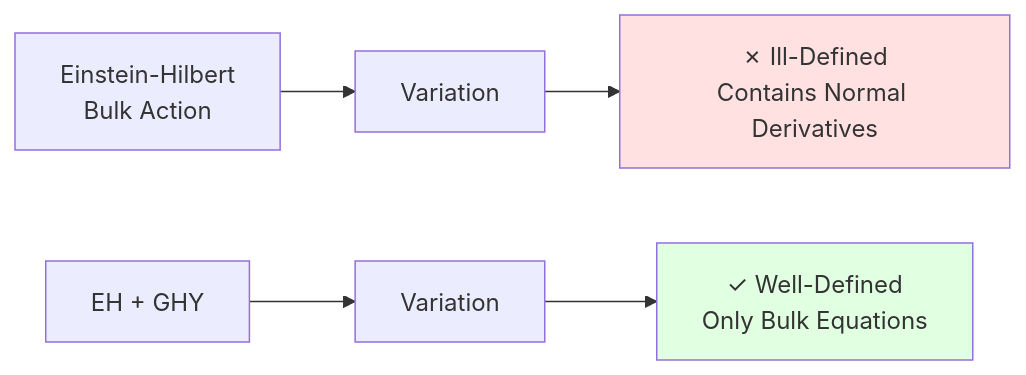
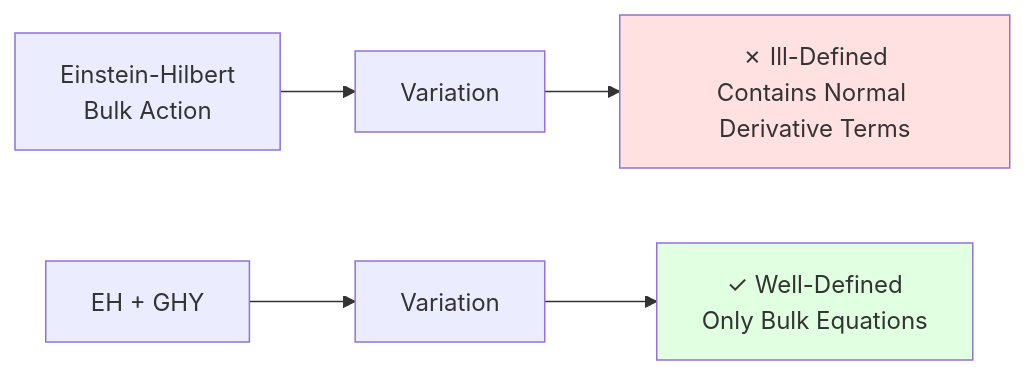
Before and after one commit to loning/zeckendorf-hilbert: the second of 4 diagrams in docs/euler-article/gls-union/06-boundary-theory/00-boundary-overview_en.md, drawn with Mermaid. The commit also changed other lines of this file and 9 other files, not shown here.

````diff
--- a/docs/euler-article/gls-union/06-boundary-theory/00-boundary-overview_en.md
+++ b/docs/euler-article/gls-union/06-boundary-theory/00-boundary-overview_en.md
@@ -73,11 +73,11 @@
 ```mermaid
 graph LR
     EH["Einstein-Hilbert<br/>Bulk Action"] --> VAR["Variation"]
-    VAR --> BAD["✗ Ill-Defined<br/>Contains Normal Derivatives"]
+    VAR --> BAD["✗ Ill-Defined<br/>Contains Normal Derivative Terms"]
 
     EH2["EH + GHY"] --> VAR2["Variation"]
     VAR2 --> GOOD["✓ Well-Defined<br/>Only Bulk Equations"]
 
     style BAD fill:#ffe1e1
     style GOOD fill:#e1ffe1
 ```
````
